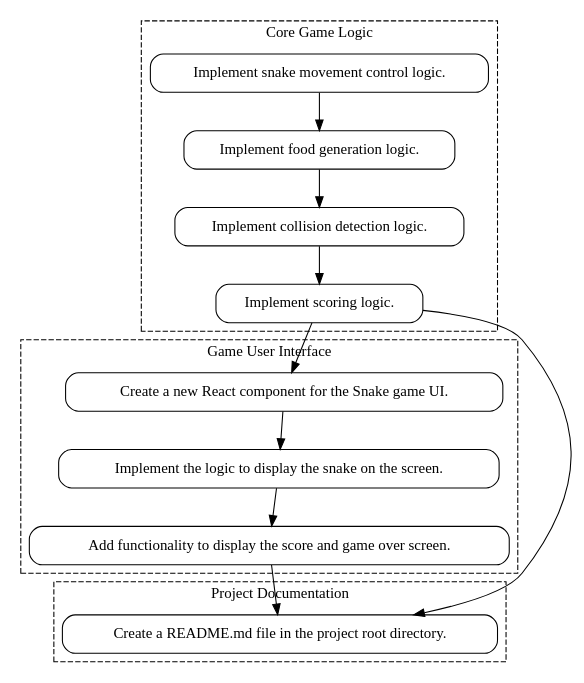
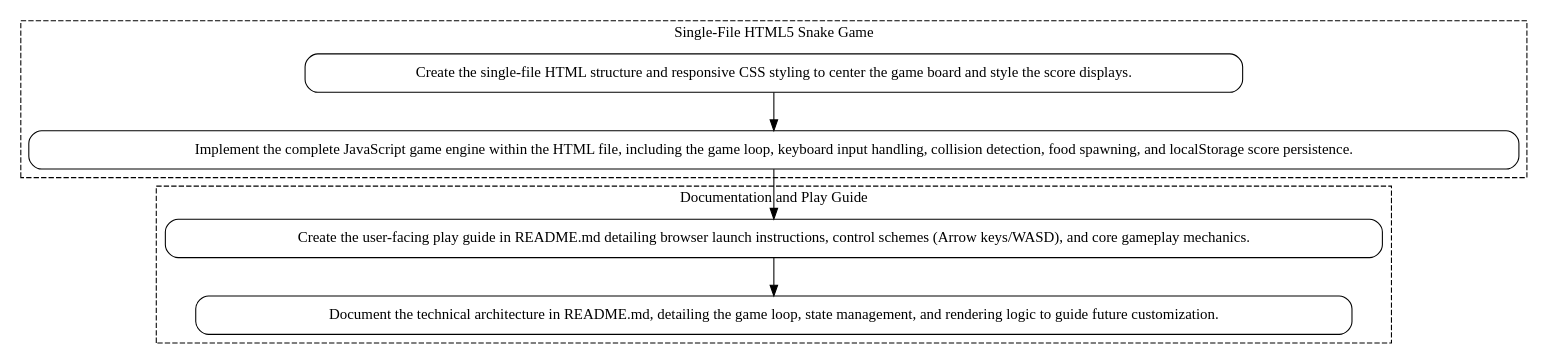
The diagram in work/DAG/dag_flow.dot (pojeesahil/Kaizen), drawn with Graphviz before and after one commit. The commit also changed 10 other files, not shown here.

```diff
--- a/work/DAG/dag_flow.dot
+++ b/work/DAG/dag_flow.dot
@@ -1,32 +1,19 @@
 digraph DAGPlan {
 rankdir = "TB";
 node [shape = box, style = rounded];
-subgraph cluster_coreLogic_5083b1 {
-label="Core Game Logic";
+subgraph cluster_snakeGameHtml_a70390 {
+label="Single-File HTML5 Snake Game";
 style=dashed;
-        coreLogic_5083b1_t1_9f6dc3 [label="Implement snake movement control logic."];
-        coreLogic_5083b1_t2_b15221 [label="Implement food generation logic."];
-        coreLogic_5083b1_t3_686b0b [label="Implement collision detection logic."];
-        coreLogic_5083b1_t4_b835bc [label="Implement scoring logic."];
+        snakeGameHtml_a70390_t1_1613dd [label="Create the single-file HTML structure and responsive CSS styling to center the game board and style the score displays."];
+        snakeGameHtml_a70390_t2_c6ada0 [label="Implement the complete JavaScript game engine within the HTML file, including the game loop, keyboard input handling, collision detection, food spawning, and localStorage score persistence."];
 }
-subgraph cluster_gameUi_832f05 {
-label="Game User Interface";
+subgraph cluster_readme_50e9cf {
+label="Documentation and Play Guide";
 style=dashed;
-        gameUi_832f05_t1_88f00f [label="Create a new React component for the Snake game UI."];
-        gameUi_832f05_t2_7dead7 [label="Implement the logic to display the snake on the screen."];
-        gameUi_832f05_t3_ec02a2 [label="Add functionality to display the score and game over screen."];
+        readme_50e9cf_t1_e33fb1 [label="Create the user-facing play guide in README.md detailing browser launch instructions, control schemes (Arrow keys/WASD), and core gameplay mechanics."];
+        readme_50e9cf_t2_88cd1c [label="Document the technical architecture in README.md, detailing the game loop, state management, and rendering logic to guide future customization."];
 }
-subgraph cluster_readme_c307e9 {
-label="Project Documentation";
-style=dashed;
-        readme_c307e9_t1_77c810 [label="Create a README.md file in the project root directory."];
+    snakeGameHtml_a70390_t1_1613dd -> snakeGameHtml_a70390_t2_c6ada0;
+    snakeGameHtml_a70390_t2_c6ada0 -> readme_50e9cf_t1_e33fb1;
+    readme_50e9cf_t1_e33fb1 -> readme_50e9cf_t2_88cd1c;
 }
-    coreLogic_5083b1_t1_9f6dc3 -> coreLogic_5083b1_t2_b15221;
-    coreLogic_5083b1_t2_b15221 -> coreLogic_5083b1_t3_686b0b;
-    coreLogic_5083b1_t3_686b0b -> coreLogic_5083b1_t4_b835bc;
-    coreLogic_5083b1_t4_b835bc -> gameUi_832f05_t1_88f00f;
-    gameUi_832f05_t1_88f00f -> gameUi_832f05_t2_7dead7;
-    gameUi_832f05_t2_7dead7 -> gameUi_832f05_t3_ec02a2;
-    coreLogic_5083b1_t4_b835bc -> readme_c307e9_t1_77c810;
-    gameUi_832f05_t3_ec02a2 -> readme_c307e9_t1_77c810;
-}
```
